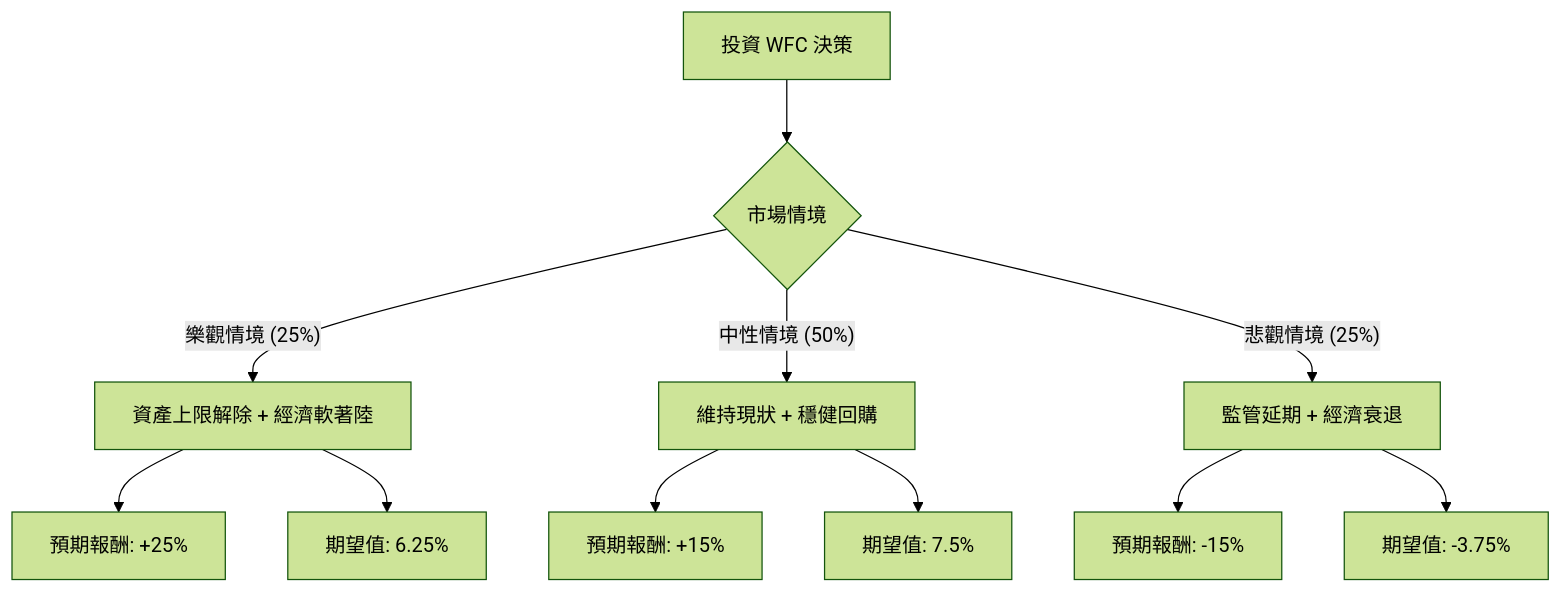
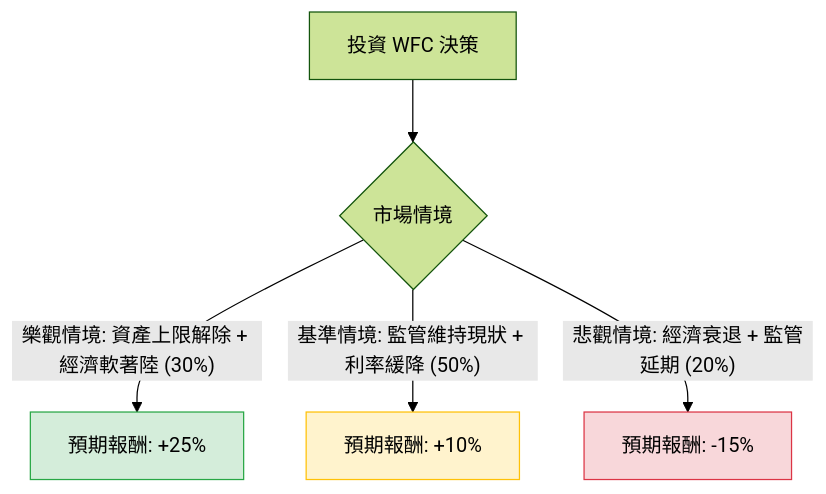
Before and after one commit to zmcx16/zmcx16.github.io: the diagram in plugin-react/ai-analysis/ev-analysis/WFC.md, drawn with Mermaid (forest theme). The commit also changed other lines of this file and 85 other files, not shown here.

````diff
--- a/plugin-react/ai-analysis/ev-analysis/WFC.md
+++ b/plugin-react/ai-analysis/ev-analysis/WFC.md
@@ -21,16 +19,12 @@
 ```mermaid
 graph TD
     A[投資 WFC 決策] --> B{市場情境}
     
-    B -- 樂觀情境 (25%) --> C[資產上限解除 + 經濟軟著陸]
-    C --> C1[預期報酬: +25%]
-    C --> C2[期望值: 6.25%]
+    B -- 樂觀情境: 資產上限解除 + 經濟軟著陸 (30%) --> C[預期報酬: +25%]
+    B -- 基準情境: 監管維持現狀 + 利率緩降 (50%) --> D[預期報酬: +10%]
+    B -- 悲觀情境: 經濟衰退 + 監管延期 (20%) --> E[預期報酬: -15%]
 
-    B -- 中性情境 (50%) --> D[維持現狀 + 穩健回購]
-    D --> D1[預期報酬: +15%]
-    D --> D2[期望值: 7.5%]
-
-    B -- 悲觀情境 (25%) --> E[監管延期 + 經濟衰退]
-    E --> E1[預期報酬: -15%]
-    E --> E2[期望值: -3.75%]
+    style C fill:#d4edda,stroke:#28a745
+    style D fill:#fff3cd,stroke:#ffc107
+    style E fill:#f8d7da,stroke:#dc3545
 ```
````
